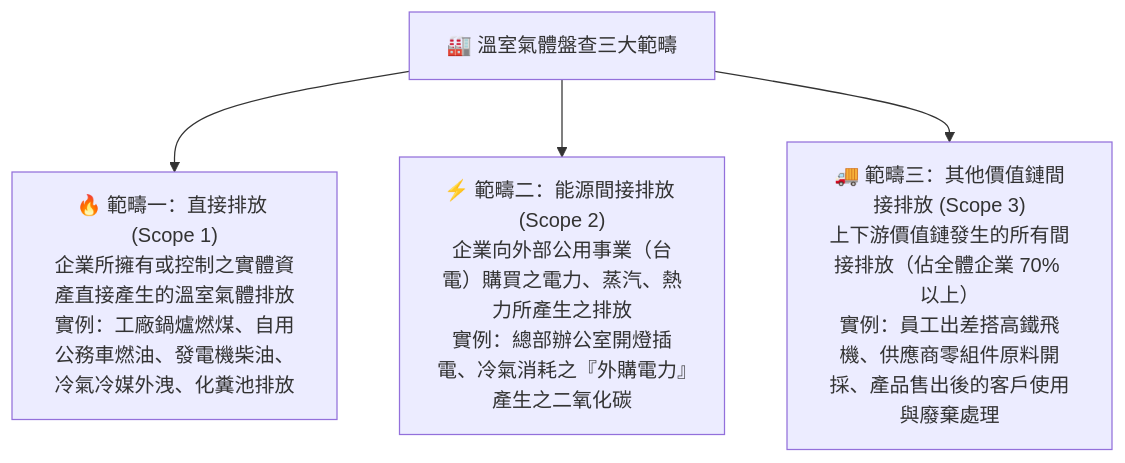
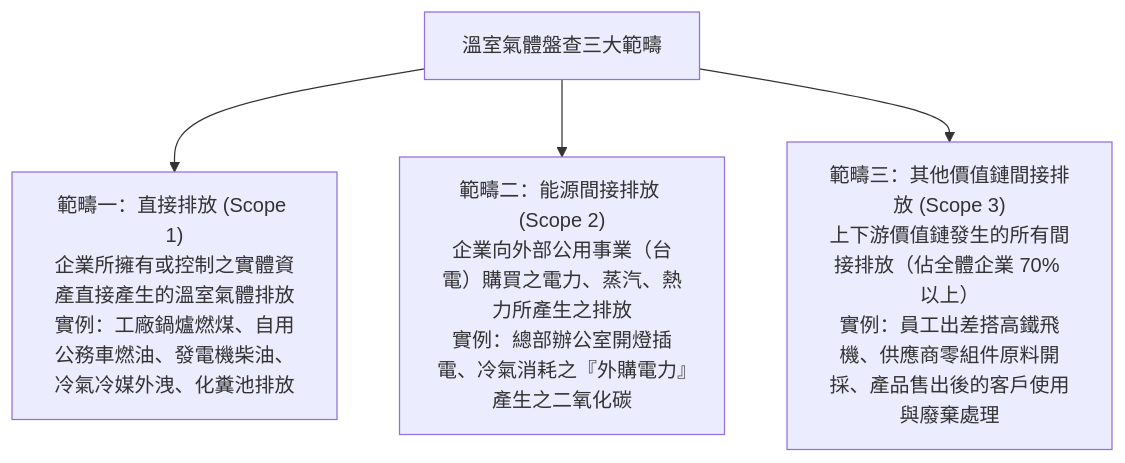
Before and after one commit to ehackerevan/exam-study-platform: the diagram in 教材/永續發展基礎能力重點教材/02_溫室氣體盤查(GHG)與碳定價機制.md, drawn with Mermaid. The commit also changed other lines of this file and 34 other files, not shown here.

Commit message:
feat: add frequency charts and refine study materials

````diff
--- a/教材/永續發展基礎能力重點教材/02_溫室氣體盤查(GHG)與碳定價機制.md
+++ b/教材/永續發展基礎能力重點教材/02_溫室氣體盤查(GHG)與碳定價機制.md
@@ -26,7 +26,7 @@
 ```mermaid
 graph TD
-    A["🏭 溫室氣體盤查三大範疇"]
-    A --> B["🔥 範疇一：直接排放 (Scope 1)<br/>企業所擁有或控制之實體資產直接產生的溫室氣體排放<br/>實例：工廠鍋爐燃煤、自用公務車燃油、發電機柴油、冷氣冷媒外洩、化糞池排放"]
-    A --> C["⚡ 範疇二：能源間接排放 (Scope 2)<br/>企業向外部公用事業（台電）購買之電力、蒸汽、熱力所產生之排放<br/>實例：總部辦公室開燈插電、冷氣消耗之『外購電力』產生之二氧化碳"]
-    A --> D["🚚 範疇三：其他價值鏈間接排放 (Scope 3)<br/>上下游價值鏈發生的所有間接排放（佔全體企業 70% 以上）<br/>實例：員工出差搭高鐵飛機、供應商零組件原料開採、產品售出後的客戶使用與廢棄處理"]
+    A[" 溫室氣體盤查三大範疇"]
+    A --> B[" 範疇一：直接排放 (Scope 1)<br/>企業所擁有或控制之實體資產直接產生的溫室氣體排放<br/>實例：工廠鍋爐燃煤、自用公務車燃油、發電機柴油、冷氣冷媒外洩、化糞池排放"]
+    A --> C[" 範疇二：能源間接排放 (Scope 2)<br/>企業向外部公用事業（台電）購買之電力、蒸汽、熱力所產生之排放<br/>實例：總部辦公室開燈插電、冷氣消耗之『外購電力』產生之二氧化碳"]
+    A --> D[" 範疇三：其他價值鏈間接排放 (Scope 3)<br/>上下游價值鏈發生的所有間接排放（佔全體企業 70% 以上）<br/>實例：員工出差搭高鐵飛機、供應商零組件原料開採、產品售出後的客戶使用與廢棄處理"]
 ```
````
